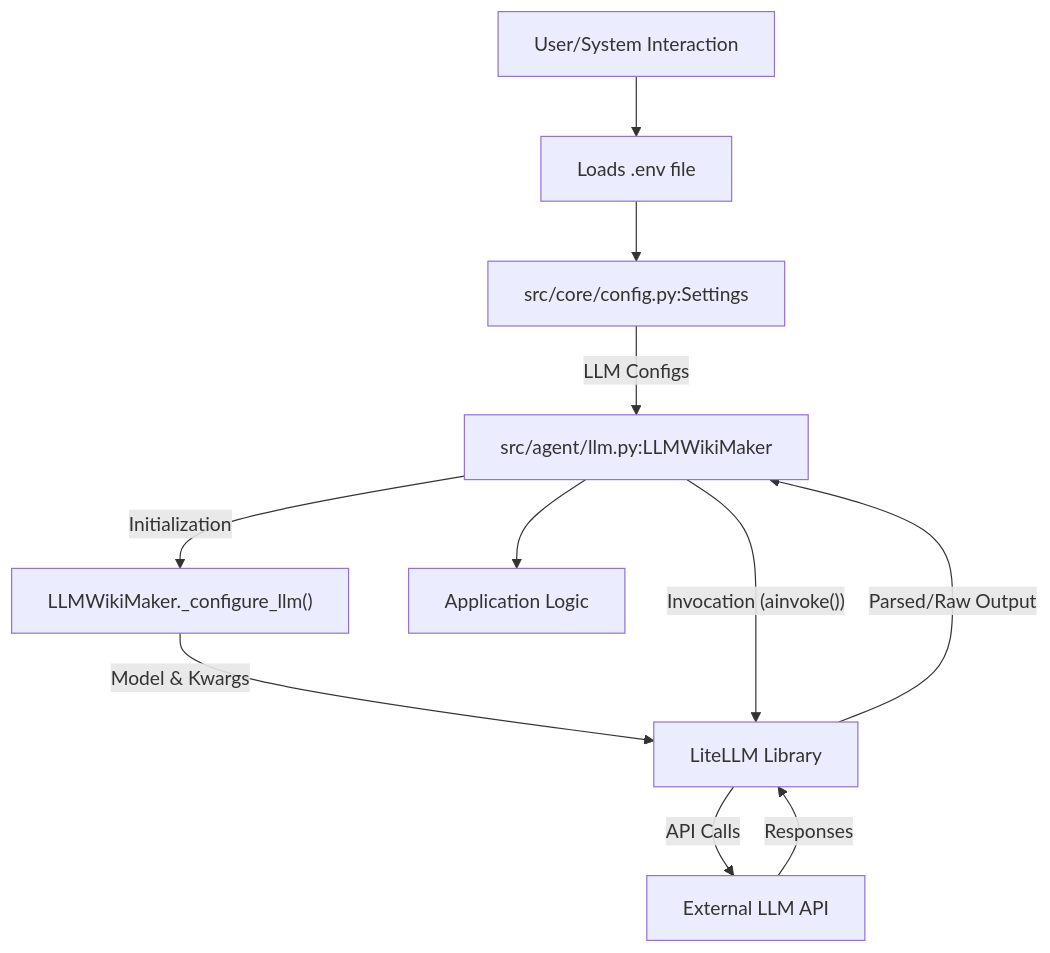
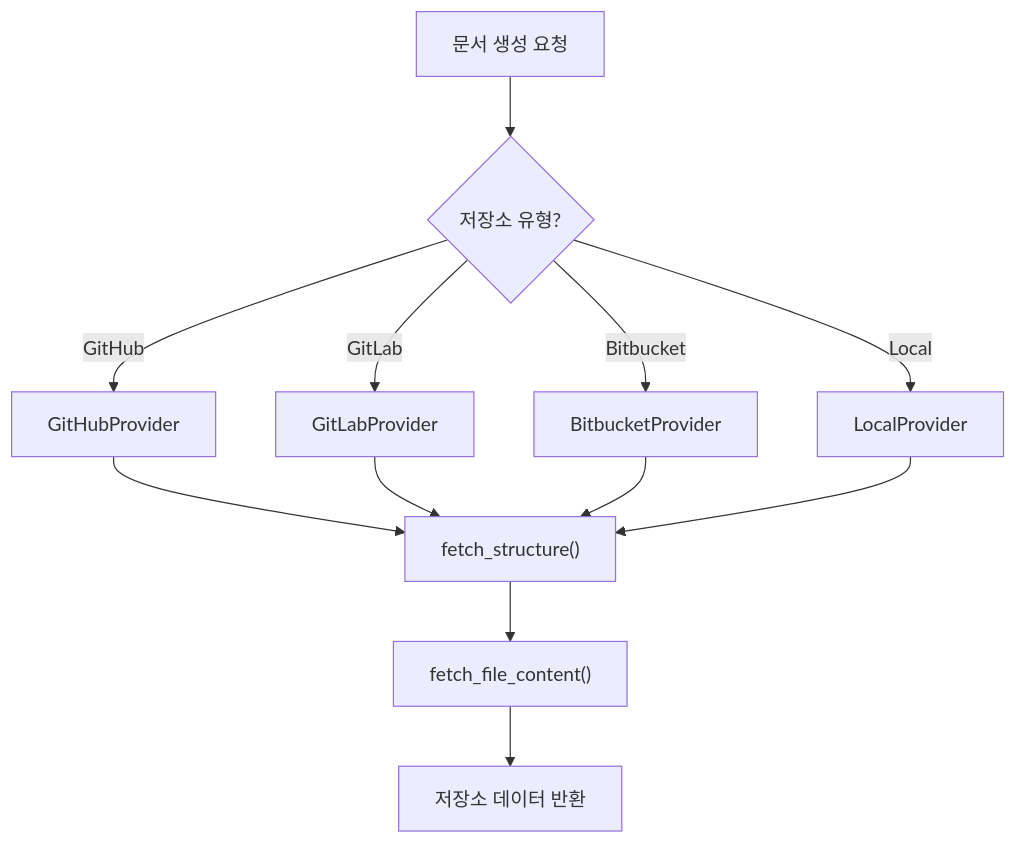
Before and after one commit to catuscio/wiki-as-readme: the fifth of 19 diagrams in examples/wiki_as_README.md, drawn with Mermaid. The commit also changed other lines of this file, not shown here.

````diff
--- a/examples/wiki_as_README.md
+++ b/examples/wiki_as_README.md
@@ -814,13 +503,14 @@
 ```mermaid
 graph TD
-    A["User/System Interaction"] --> B["Loads .env file"];
-    B --> C["src/core/config.py:Settings"];
-    C -- "LLM Configs" --> D["src/agent/llm.py:LLMWikiMaker"];
-    D -- "Initialization" --> E["LLMWikiMaker._configure_llm()"];
-    E -- "Model & Kwargs" --> F["LiteLLM Library"];
-    D -- "Invocation (ainvoke())" --> F;
-    F -- "API Calls" --> G["External LLM API"];
-    G -- "Responses" --> F;
-    F -- "Parsed/Raw Output" --> D;
-    D --> H["Application Logic"];
+    A["문서 생성 요청"] --> B{"저장소 유형?"}
+    B -- "GitHub" --> C["GitHubProvider"]
+    B -- "GitLab" --> D["GitLabProvider"]
+    B -- "Bitbucket" --> E["BitbucketProvider"]
+    B -- "Local" --> F["LocalProvider"]
+    C --> G["fetch_structure()"]
+    D --> G
+    E --> G
+    F --> G
+    G --> H["fetch_file_content()"]
+    H --> I["저장소 데이터 반환"]
 ```
````
